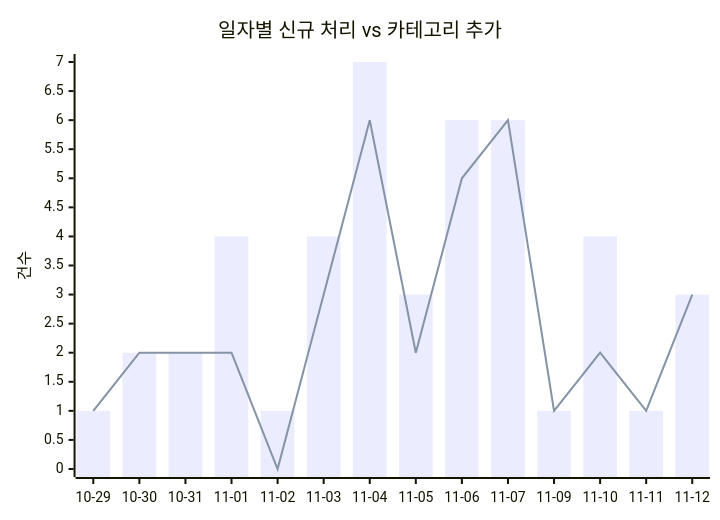
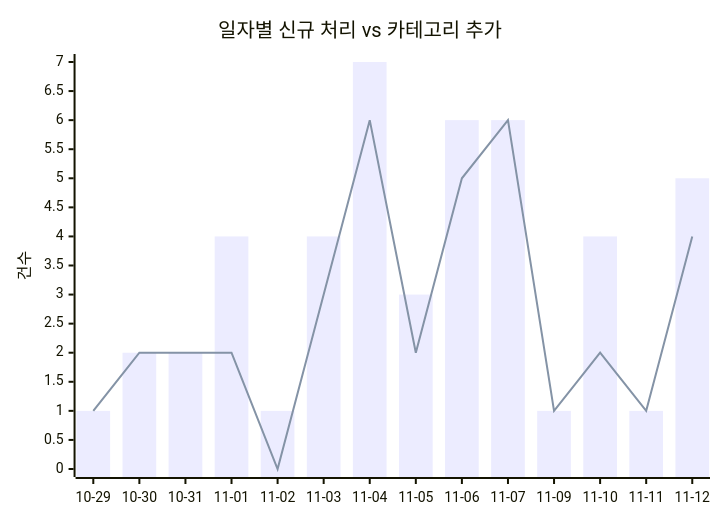
Before and after one commit to J-nowcow/awesome-korean-agent-skills: the first of 2 diagrams in docs/trends.md, drawn with Mermaid. The commit also changed other lines of this file and 4 other files, not shown here.

````diff
--- a/docs/trends.md
+++ b/docs/trends.md
@@ -32,8 +32,8 @@
 ```mermaid
 xychart-beta
     title "일자별 신규 처리 vs 카테고리 추가"
     x-axis ["10-29","10-30","10-31","11-01","11-02","11-03","11-04","11-05","11-06","11-07","11-09","11-10","11-11","11-12"]
     y-axis "건수"
-    bar [1,2,2,4,1,4,7,3,6,6,1,4,1,3]
-    line [1,2,2,2,0,3,6,2,5,6,1,2,1,3]
+    bar [1,2,2,4,1,4,7,3,6,6,1,4,1,5]
+    line [1,2,2,2,0,3,6,2,5,6,1,2,1,4]
 ```
````
